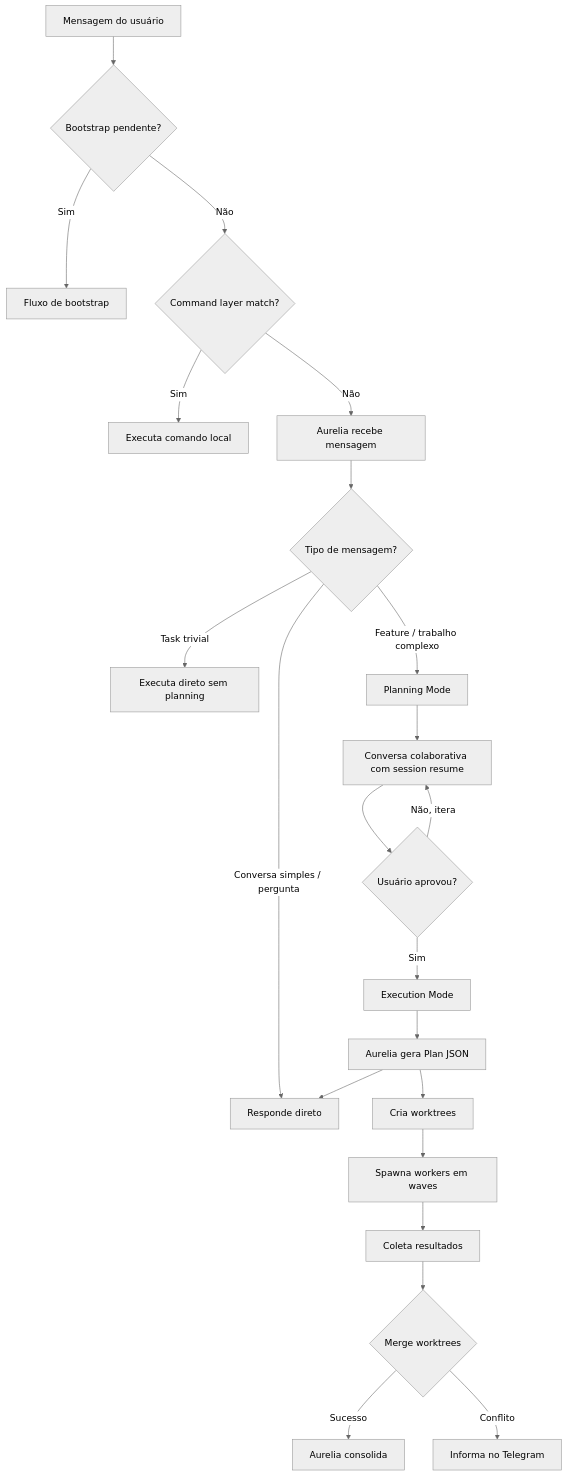
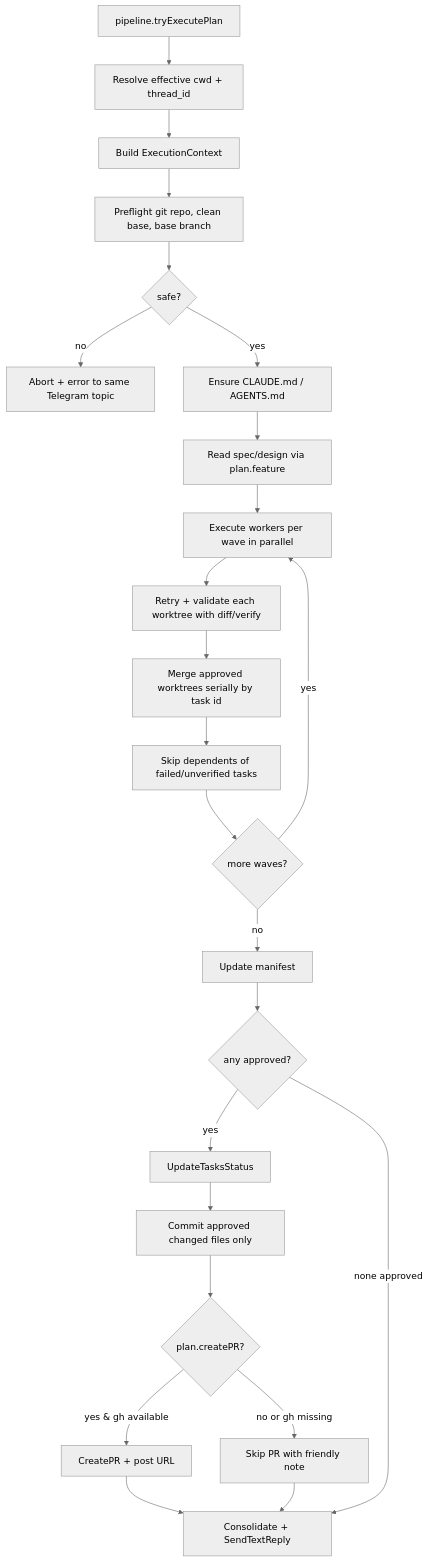
The diagram in .specs/features/agent-orchestration-execution/design.md (JConradoN/claudio), drawn with Mermaid (neutral theme) before and after one commit. The commit also changed other lines of this file and 32 other files, not shown here.

````diff
--- a/.specs/features/agent-orchestration-execution/design.md
+++ b/.specs/features/agent-orchestration-execution/design.md
@@ -68,24 +62,26 @@
 ```mermaid
 flowchart TD
-    A[Mensagem do usuário] --> B{Bootstrap pendente?}
-    B -->|Sim| C[Fluxo de bootstrap]
-    B -->|Não| D{Command layer match?}
-    D -->|Sim| E[Executa comando local]
-    D -->|Não| F[Aurelia recebe mensagem]
-    F --> G{Tipo de mensagem?}
-    G -->|Conversa simples / pergunta| H[Responde direto]
-    G -->|Task trivial| I[Executa direto sem planning]
-    G -->|Feature / trabalho complexo| J[Planning Mode]
-    J --> K[Conversa colaborativa com session resume]
-    K --> L{Usuário aprovou?}
-    L -->|Não, itera| K
-    L -->|Sim| M[Execution Mode]
-    M --> N[Aurelia gera Plan JSON]
-    N --> O[Cria worktrees]
-    O --> P[Spawna workers em waves]
-    P --> Q[Coleta resultados]
-    Q --> R{Merge worktrees}
-    R -->|Sucesso| S[Aurelia consolida]
-    R -->|Conflito| T[Informa no Telegram]
-    N --> H
+    A[pipeline.tryExecutePlan] --> B[Resolve effective cwd + thread_id]
+    B --> C[Build ExecutionContext]
+    C --> D[Preflight git repo, clean base, base branch]
+    D --> E{safe?}
+    E -->|no| Z[Abort + error to same Telegram topic]
+    E -->|yes| F[Ensure CLAUDE.md / AGENTS.md]
+    F --> G[Read spec/design via plan.feature]
+    G --> H[Execute workers per wave in parallel]
+    H --> I[Retry + validate each worktree with diff/verify]
+    I --> J[Merge approved worktrees serially by task id]
+    J --> K[Skip dependents of failed/unverified tasks]
+    K --> L{more waves?}
+    L -->|yes| H
+    L -->|no| M[Update manifest]
+    M --> N{any approved?}
+    N -->|yes| O[UpdateTasksStatus]
+    O --> P[Commit approved changed files only]
+    P --> Q{plan.createPR?}
+    Q -->|yes & gh available| R[CreatePR + post URL]
+    Q -->|no or gh missing| S[Skip PR with friendly note]
+    R --> T[Consolidate + SendTextReply]
+    S --> T
+    N -->|none approved| T
 ```
````
